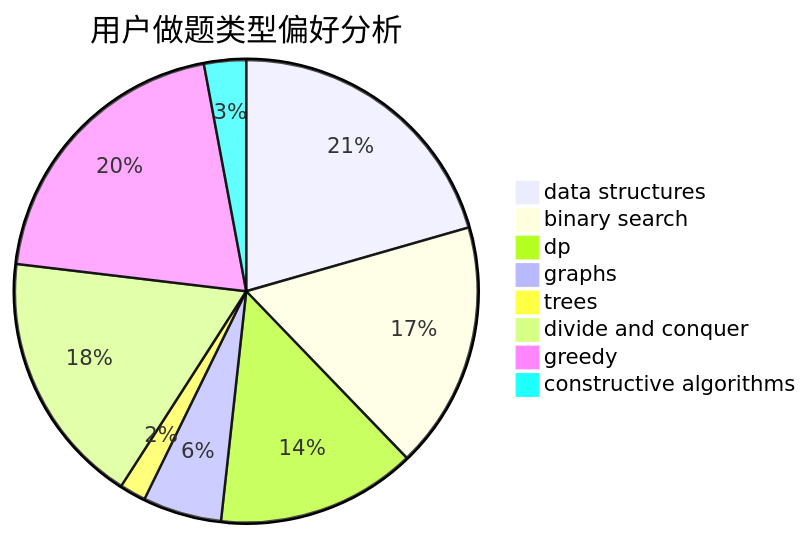
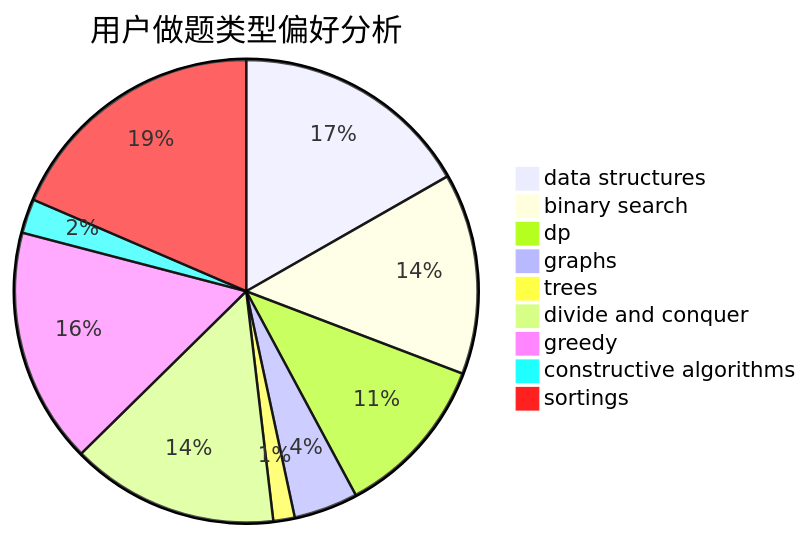
The second of 3 diagrams in docs/user/u1217.md (sherpahu/cfrs.github.io), drawn with Mermaid before and after one commit. The commit also changed other lines of this file and 2769 other files, not shown here.

````diff
--- a/docs/user/u1217.md
+++ b/docs/user/u1217.md
@@ -23,11 +18,12 @@
 ```mermaid
 pie title 用户做题类型偏好分析
     "data structures" :  112
     "binary search" :  94
     "dp" :  76
     "graphs" :  30
     "trees" :  10
     "divide and conquer" :  97
     "greedy" :  110
     "constructive algorithms" :  16
+    "sortings" :  124
 ```
````
